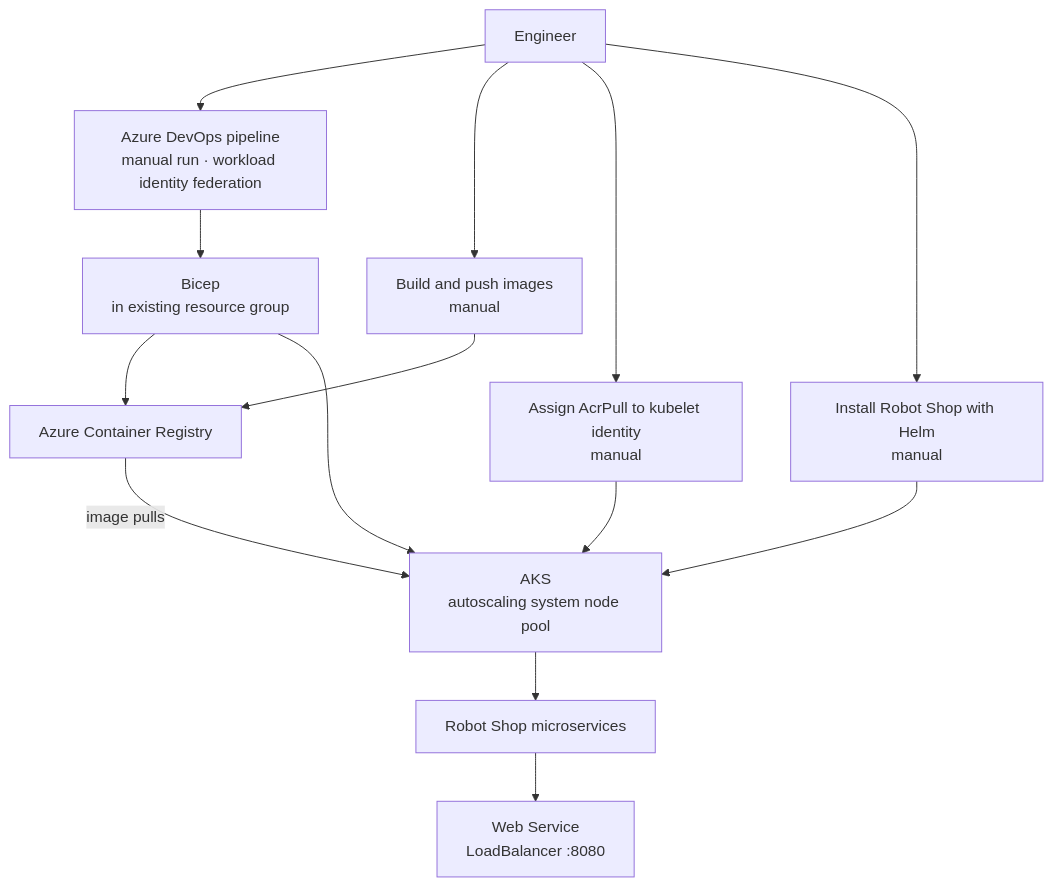
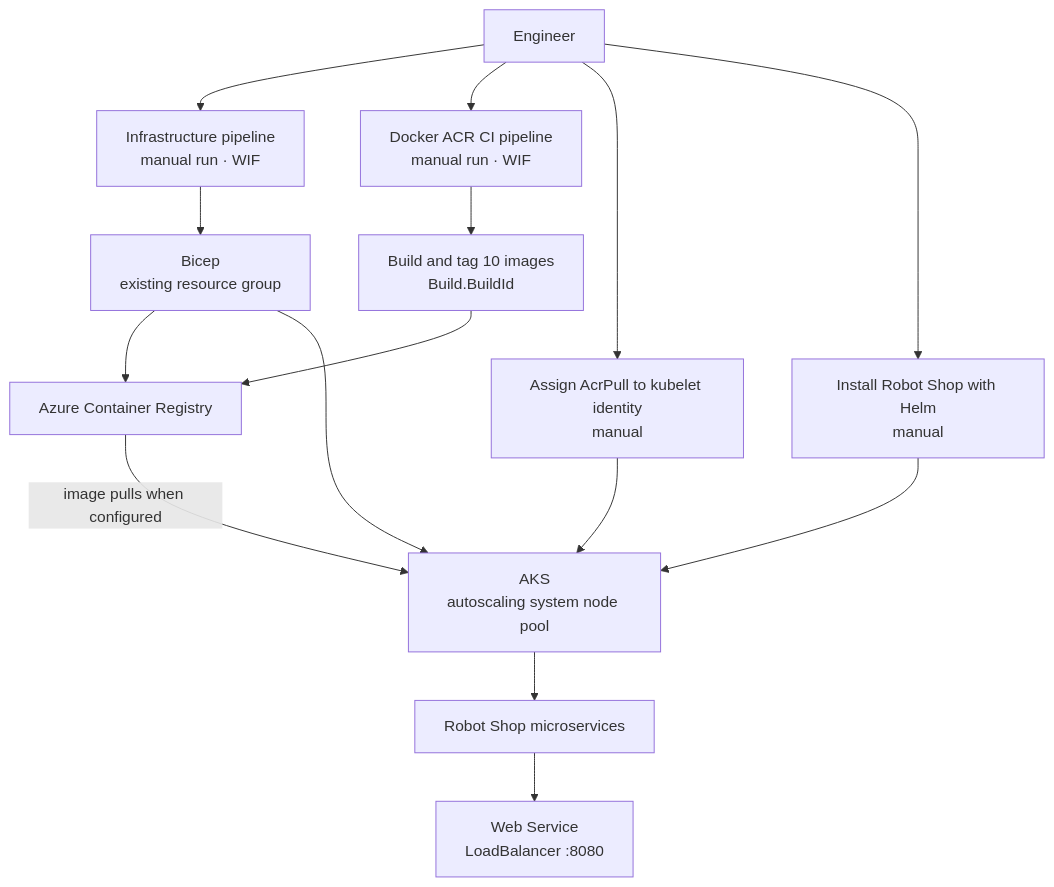
The diagram in README.md (sharadshukla/E-Commerce), drawn with Mermaid before and after one commit. The commit also changed other lines of this file, not shown here.

Commit message:
Updated the README with the implemented capability of automated docker build, tag and push to ACR.

````diff
--- a/README.md
+++ b/README.md
@@ -40,23 +41,23 @@
 ```mermaid
 flowchart TD
     Dev["Engineer"]
-    Pipe["Azure DevOps pipeline<br/>manual run · workload identity federation"]
-    Bicep["Bicep<br/>in existing resource group"]
+    InfraPipe["Infrastructure pipeline<br/>manual run · WIF"]
+    DockerPipe["Docker ACR CI pipeline<br/>manual run · WIF"]
+    Bicep["Bicep<br/>existing resource group"]
+    Build["Build and tag 10 images<br/>Build.BuildId"]
     ACR["Azure Container Registry"]
     AKS["AKS<br/>autoscaling system node pool"]
-    Images["Build and push images<br/>manual"]
     Pull["Assign AcrPull to kubelet identity<br/>manual"]
     Helm["Install Robot Shop with Helm<br/>manual"]
     Web["Web Service<br/>LoadBalancer :8080"]
     App["Robot Shop microservices"]
 
-    Dev --> Pipe --> Bicep
+    Dev --> InfraPipe --> Bicep
     Bicep --> ACR
     Bicep --> AKS
-    Dev --> Images --> ACR
+    Dev --> DockerPipe --> Build --> ACR
     Dev --> Pull --> AKS
     Dev --> Helm --> AKS
-    ACR -->|"image pulls"| AKS
-    AKS --> App
-    App --> Web
+    ACR -->|"image pulls when configured"| AKS
+    AKS --> App --> Web
 ```
````
